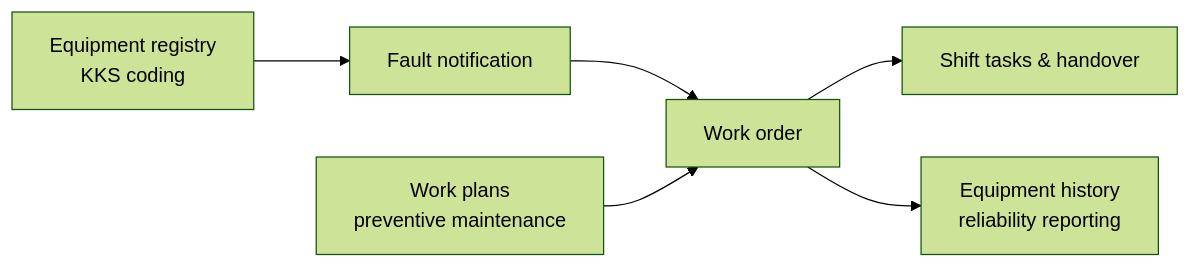
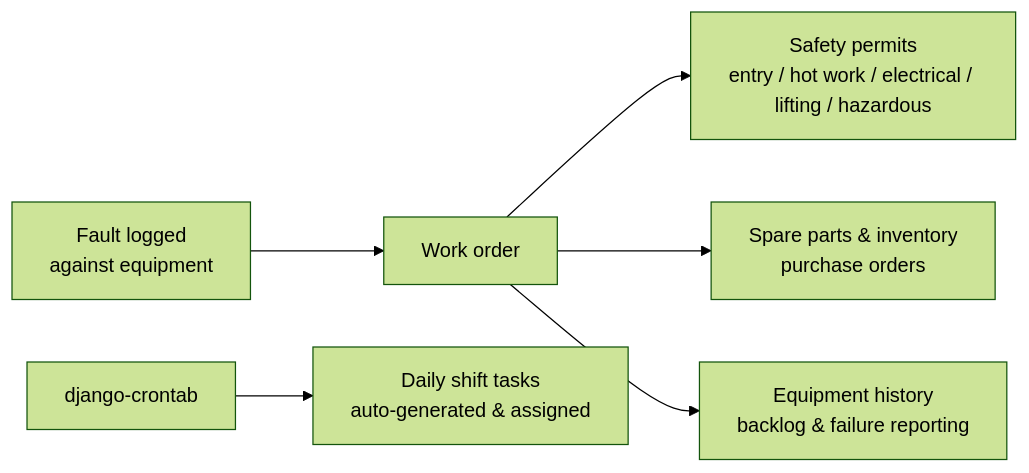
One commit to hosin211/production-systems changed the diagram in kms-maintenance-platform.md. Above: the diagram before and after it, drawn with Mermaid (forest theme). The commit also changed other lines of this file and 3 other files, not shown here.

Commit message:
Correct case studies to match reality: Two Rivers covers students+staff across 5 colleges (HTMX/docxtpl stack), KMS 4 core jobs incl safety permits + inventory; Al-Hadi platform is work history, not a third system

````diff
--- a/kms-maintenance-platform.md
+++ b/kms-maintenance-platform.md
@@ -13,8 +22,8 @@
 ```mermaid
 flowchart LR
-    E[Equipment registry<br/>KKS coding] --> FN[Fault notification]
-    FN --> WO[Work order]
-    WP[Work plans<br/>preventive maintenance] --> WO
-    WO --> ST[Shift tasks & handover]
-    WO --> H[Equipment history<br/>reliability reporting]
+    F[Fault logged<br/>against equipment] --> WO[Work order]
+    WO --> PR[Safety permits<br/>entry / hot work / electrical / lifting / hazardous]
+    WO --> SP[Spare parts & inventory<br/>purchase orders]
+    CR[django-crontab] --> ST[Daily shift tasks<br/>auto-generated & assigned]
+    WO --> H[Equipment history<br/>backlog & failure reporting]
 ```
````
